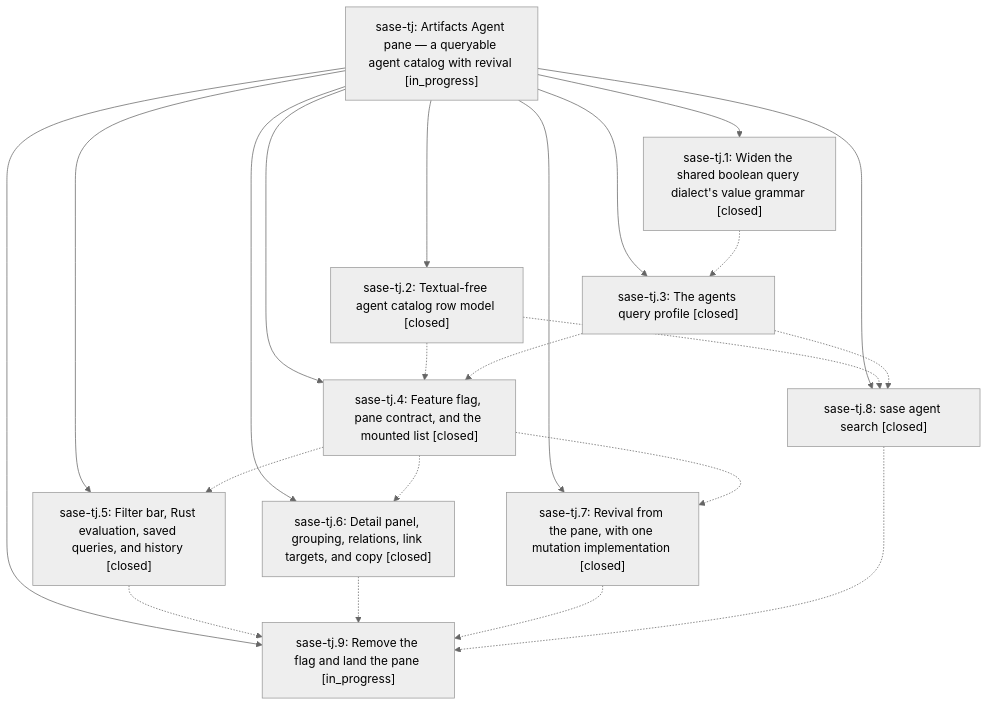
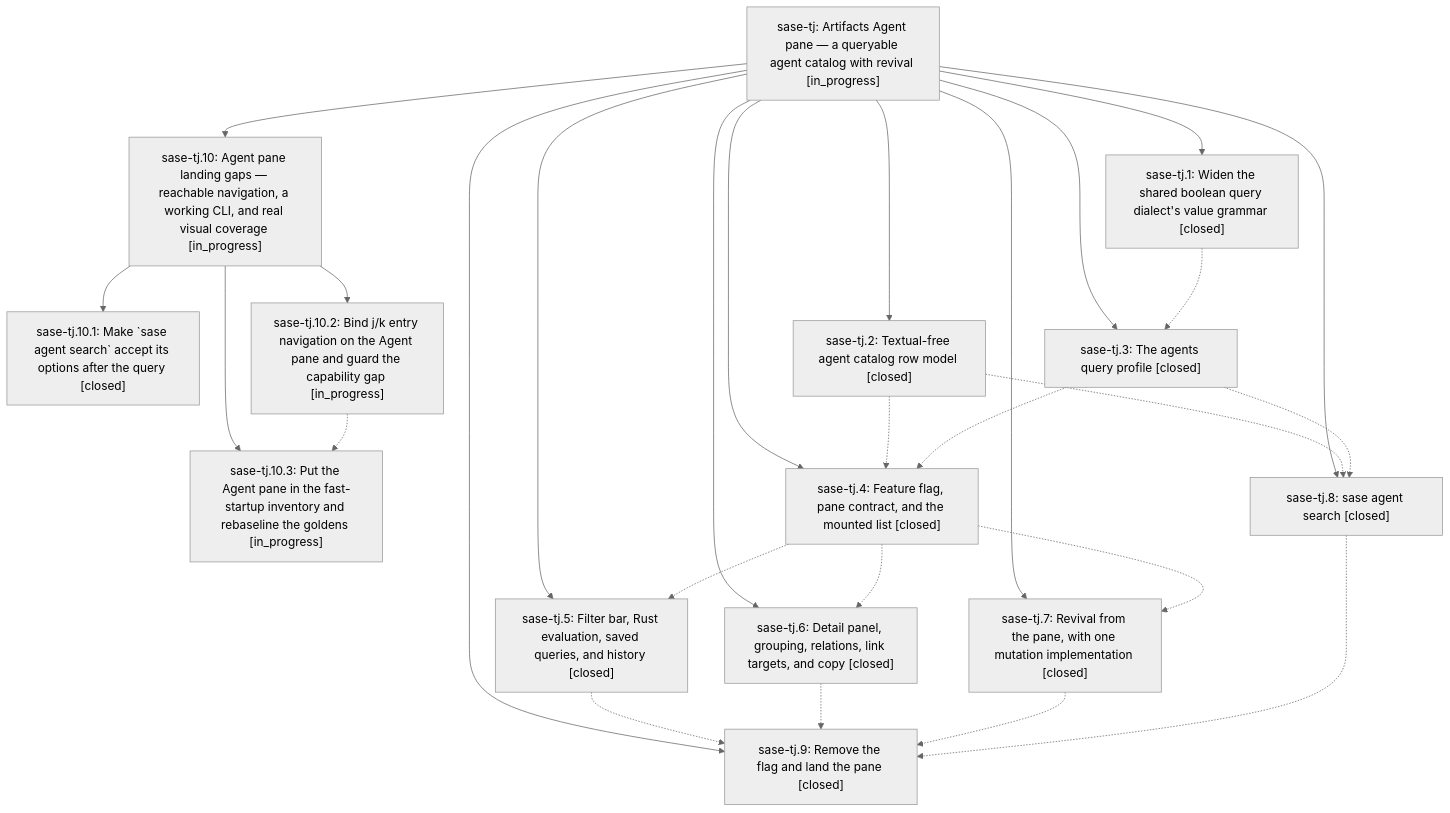
Before and after one commit to sase-org/sase--beads: the diagram in pages/sase-tj/README.md, drawn with Mermaid (neutral theme). The commit also changed other lines of this file and 9 other files, not shown here.

````diff
--- a/pages/sase-tj/README.md
+++ b/pages/sase-tj/README.md
@@ -40,34 +125,43 @@
 ```mermaid
 flowchart TD
     n0["sase-tj: Artifacts Agent pane — a queryable agent catalog with revival [in_progress]"]
     n1["sase-tj.1: Widen the shared boolean query dialect's value grammar [closed]"]
-    n2["sase-tj.2: Textual-free agent catalog row model [closed]"]
-    n3["sase-tj.3: The agents query profile [closed]"]
-    n4["sase-tj.4: Feature flag, pane contract, and the mounted list [closed]"]
-    n5["sase-tj.5: Filter bar, Rust evaluation, saved queries, and history [closed]"]
-    n6["sase-tj.6: Detail panel, grouping, relations, link targets, and copy [closed]"]
-    n7["sase-tj.7: Revival from the pane, with one mutation implementation [closed]"]
-    n8["sase-tj.8: sase agent search [closed]"]
-    n9["sase-tj.9: Remove the flag and land the pane [in_progress]"]
+    n2["sase-tj.10: Agent pane landing gaps — reachable navigation, a working CLI, and real visual coverage [in_progress]"]
+    n3["sase-tj.10.1: Make `sase agent search` accept its options after the query [closed]"]
+    n4["sase-tj.10.2: Bind j/k entry navigation on the Agent pane and guard the capability gap [in_progress]"]
+    n5["sase-tj.10.3: Put the Agent pane in the fast-startup inventory and rebaseline the goldens [in_progress]"]
+    n6["sase-tj.2: Textual-free agent catalog row model [closed]"]
+    n7["sase-tj.3: The agents query profile [closed]"]
+    n8["sase-tj.4: Feature flag, pane contract, and the mounted list [closed]"]
+    n9["sase-tj.5: Filter bar, Rust evaluation, saved queries, and history [closed]"]
+    n10["sase-tj.6: Detail panel, grouping, relations, link targets, and copy [closed]"]
+    n11["sase-tj.7: Revival from the pane, with one mutation implementation [closed]"]
+    n12["sase-tj.8: sase agent search [closed]"]
+    n13["sase-tj.9: Remove the flag and land the pane [closed]"]
     n0 --> n1
     n0 --> n2
-    n0 --> n3
-    n0 --> n4
-    n0 --> n5
+    n2 --> n3
+    n2 --> n4
+    n2 --> n5
     n0 --> n6
     n0 --> n7
     n0 --> n8
     n0 --> n9
-    n1 -.-> n3
-    n2 -.-> n4
-    n2 -.-> n8
-    n3 -.-> n4
-    n3 -.-> n8
+    n0 --> n10
+    n0 --> n11
+    n0 --> n12
+    n0 --> n13
+    n1 -.-> n7
     n4 -.-> n5
-    n4 -.-> n6
-    n4 -.-> n7
-    n5 -.-> n9
-    n6 -.-> n9
-    n7 -.-> n9
+    n6 -.-> n8
+    n6 -.-> n12
+    n7 -.-> n8
+    n7 -.-> n12
     n8 -.-> n9
+    n8 -.-> n10
+    n8 -.-> n11
+    n9 -.-> n13
+    n10 -.-> n13
+    n11 -.-> n13
+    n12 -.-> n13
 ```
````
